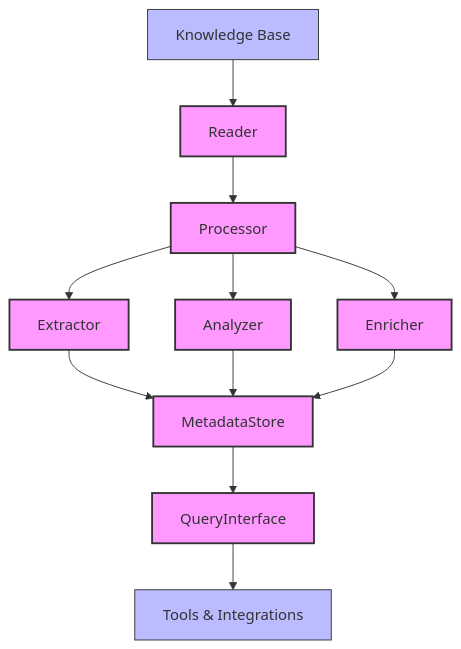
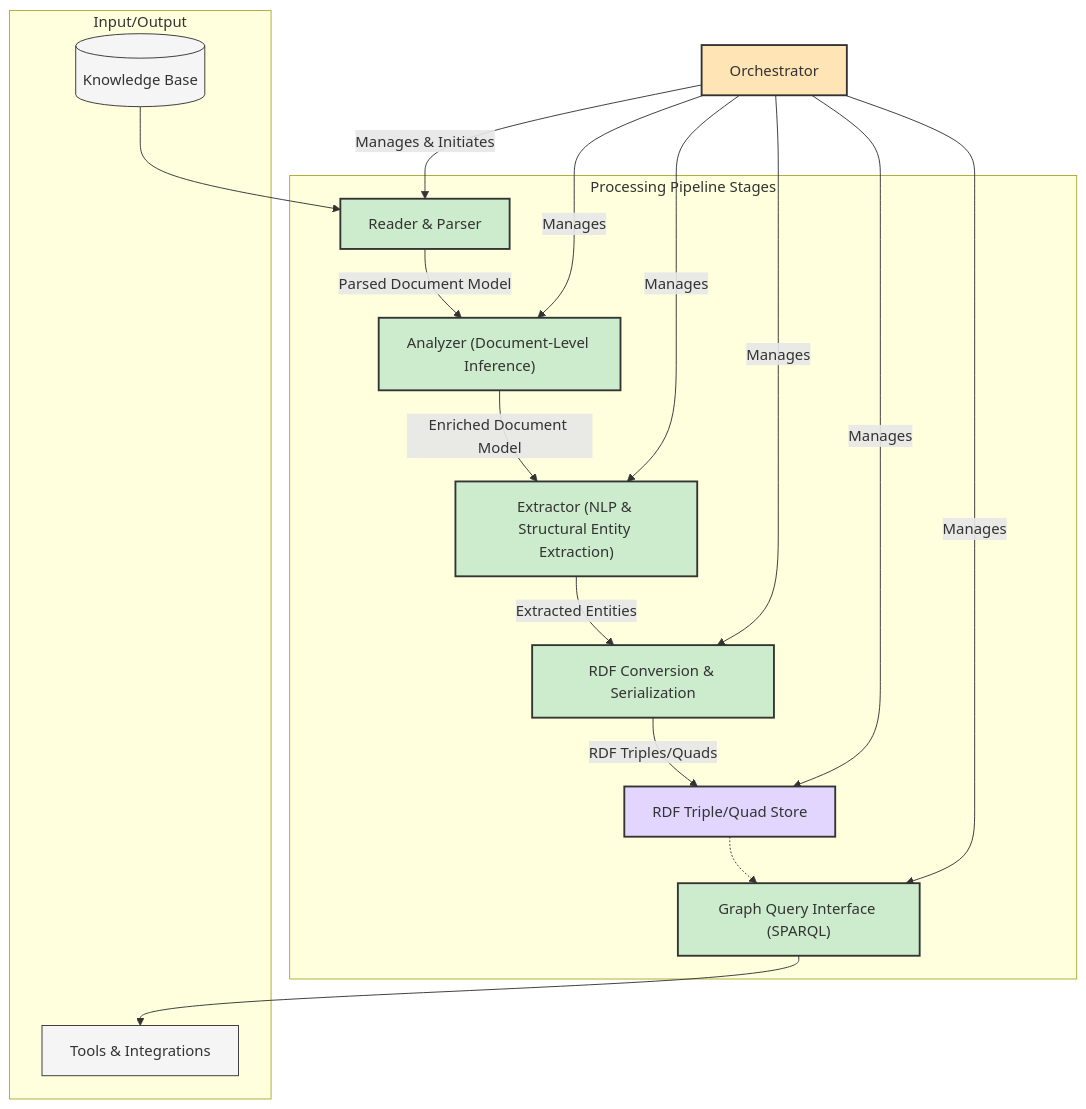
One commit to dstengle/knowledgebase-processor changed the diagram in docs/architecture/system-overview/components.md. Above: the diagram before and after it, drawn with Mermaid. The commit also changed other lines of this file and 6 other files, not shown here.

First line of the commit message:
docs: Document architectural shift to knowledge graph/RDF (#28)

````diff
--- a/docs/architecture/system-overview/components.md
+++ b/docs/architecture/system-overview/components.md
@@ -15,19 +18,43 @@
 ```mermaid
 graph TD
-    KB[Knowledge Base] --> Reader
-    Reader --> Processor
-    Processor --> Extractor
-    Processor --> Analyzer
-    Processor --> Enricher
-    Extractor --> MetadataStore
-    Analyzer --> MetadataStore
-    Enricher --> MetadataStore
-    MetadataStore --> QueryInterface
-    QueryInterface --> Tools[Tools & Integrations]
+    subgraph "Input/Output"
+        KB[(Knowledge Base)]
+        Tools[Tools & Integrations]
+    end
+
+    Orchestrator[Orchestrator]
+
+    subgraph "Processing Pipeline Stages"
+        Reader["Reader & Parser"]
+        Analyzer["Analyzer (Document-Level Inference)"]
+        Extractor["Extractor (NLP & Structural Entity Extraction)"]
+        RDFConverter["RDF Conversion & Serialization"]
+        RDFStore["RDF Triple/Quad Store"]
+        QueryInterface["Graph Query Interface (SPARQL)"]
+    end
+
+    KB --> Reader
+    Reader -- Parsed Document Model --> Analyzer
+    Analyzer -- Enriched Document Model --> Extractor
+    Extractor -- Extracted Entities --> RDFConverter
+    RDFConverter -- RDF Triples/Quads --> RDFStore
+    RDFStore -.-> QueryInterface 
+    QueryInterface --> Tools
+
+    Orchestrator -- Manages & Initiates --> Reader
+    Orchestrator -- Manages --> Analyzer
+    Orchestrator -- Manages --> Extractor
+    Orchestrator -- Manages --> RDFConverter
+    Orchestrator -- Manages --> RDFStore
+    Orchestrator -- Manages --> QueryInterface
     
-    classDef core fill:#f9f,stroke:#333,stroke-width:2px;
-    classDef external fill:#bbf,stroke:#333,stroke-width:1px;
+    classDef core fill:#cdeccd,stroke:#333,stroke-width:2px;
+    classDef storage fill:#e2d6ff,stroke:#333,stroke-width:2px;
+    classDef external fill:#f5f5f5,stroke:#333,stroke-width:1px;
+    classDef orchestrator fill:#ffe4b5,stroke:#333,stroke-width:2px;
     
-    class Reader,Processor,Extractor,Analyzer,Enricher,MetadataStore,QueryInterface core;
+    class Reader,Analyzer,Extractor,RDFConverter,QueryInterface core;
+    class RDFStore storage;
     class KB,Tools external;
+    class Orchestrator orchestrator;
 ```
````
